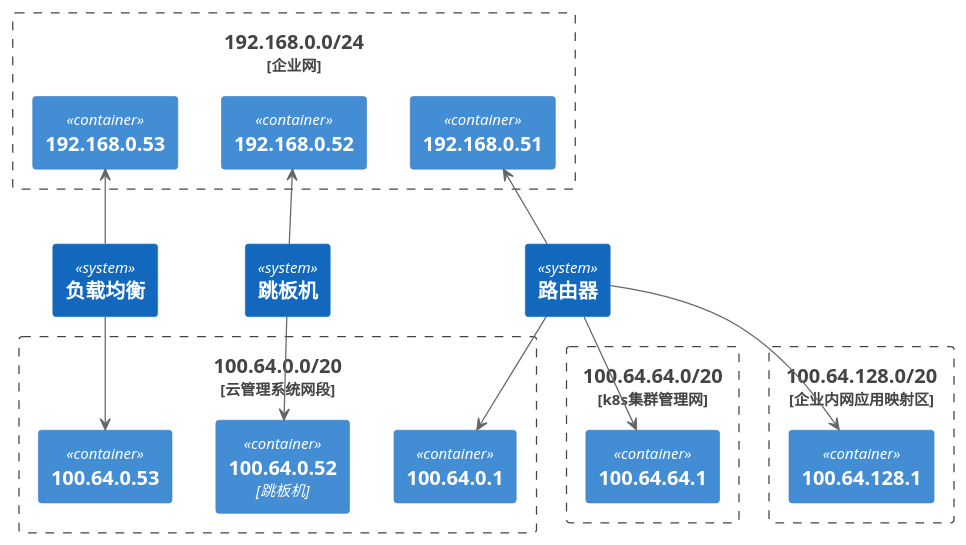
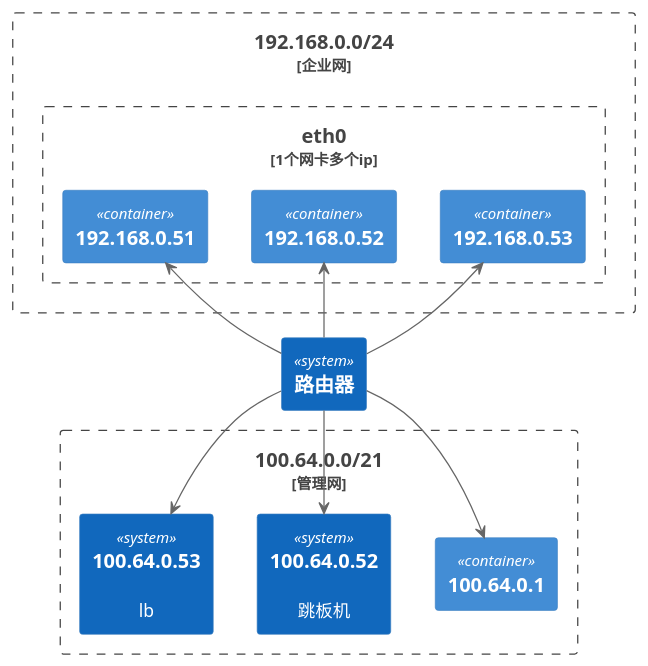
Before and after one commit to gardenerframework/impatiens: the fourth of 4 diagrams in 云与虚拟化/调度系统/k8s/实践/实验环境/readme.md, drawn with PlantUML. The commit also changed other lines of this file and 1 other file, not shown here.

````diff
--- a/云与虚拟化/调度系统/k8s/实践/实验环境/readme.md
+++ b/云与虚拟化/调度系统/k8s/实践/实验环境/readme.md
@@ -109,39 +100,29 @@
 ```plantuml
 @startuml
 !include  https://plantuml.s3.cn-north-1.jdcloud-oss.com/C4_Container.puml
 
 System(路由器, 路由器)
-System(跳板机, 跳板机)
-System(负载均衡, 负载均衡)
 Boundary(192.168.0.0/24, 192.168.0.0/24, 企业网) {
-    Container(192.168.0.51, 192.168.0.51)
-    Container(192.168.0.52, 192.168.0.52)
-    Container(192.168.0.53, 192.168.0.53)
+    Boundary(eth0, eth0, 1个网卡多个ip) { 
+        Container(192.168.0.51, 192.168.0.51)
+        Container(192.168.0.52, 192.168.0.52)
+        Container(192.168.0.53, 192.168.0.53)
+    }
 }
 
-Boundary(100.64.0.0/20, 100.64.0.0/20, 云管理系统网段) {
+Boundary(100.64.0.0/20, 100.64.0.0/21, 管理网) {
     Container(100.64.0.1, 100.64.0.1)
-    Container(100.64.0.52, 100.64.0.52, 跳板机)
-    Container(100.64.0.53, 100.64.0.53)
+    System(100.64.0.52, 100.64.0.52, 跳板机)
+    System(100.64.0.53, 100.64.0.53, lb)
 }
 
-Boundary(100.64.64.0/20, 100.64.64.0/20, k8s集群管理网) {
-    Container(100.64.64.1, 100.64.64.1)
-}
-
-Boundary(100.64.128.0/20, 100.64.128.0/20, 企业内网应用映射区) {
-    Container(100.64.128.1, 100.64.128.1)
-    
-}
 
 路由器 -u-> 192.168.0.51
 路由器 -d-> 100.64.0.1
-路由器 -d-> 100.64.64.1
-路由器 -d-> 100.64.128.1
-跳板机 -u-> 192.168.0.52
-跳板机 -d-> 100.64.0.52
-负载均衡 -u-> 192.168.0.53
-负载均衡 -d-> 100.64.0.53
+路由器  -u-> 192.168.0.52
+路由器 -d-> 100.64.0.52
+路由器  -u-> 192.168.0.53
+路由器 -d-> 100.64.0.53
 
 @enduml
 ```
````
